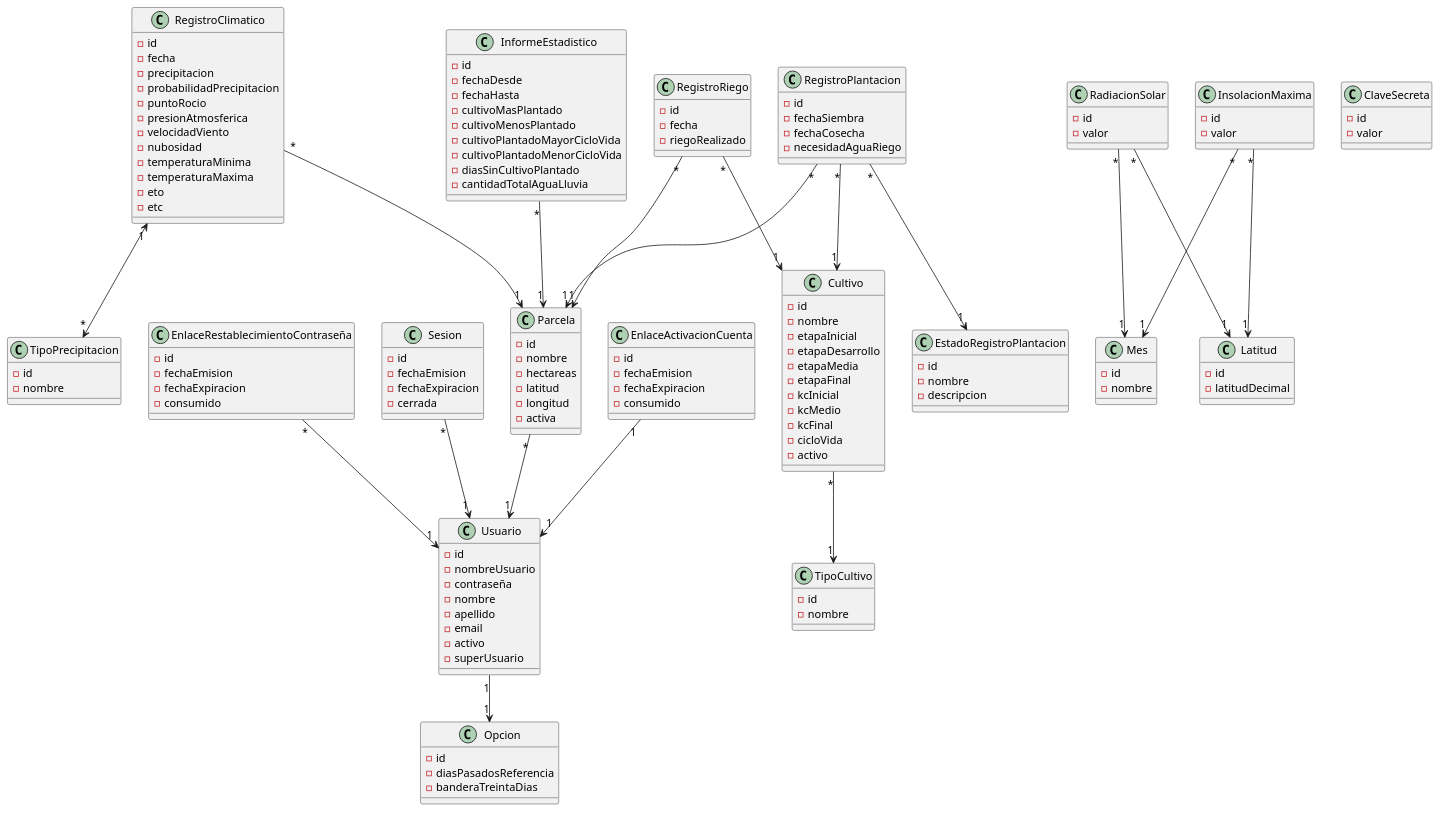
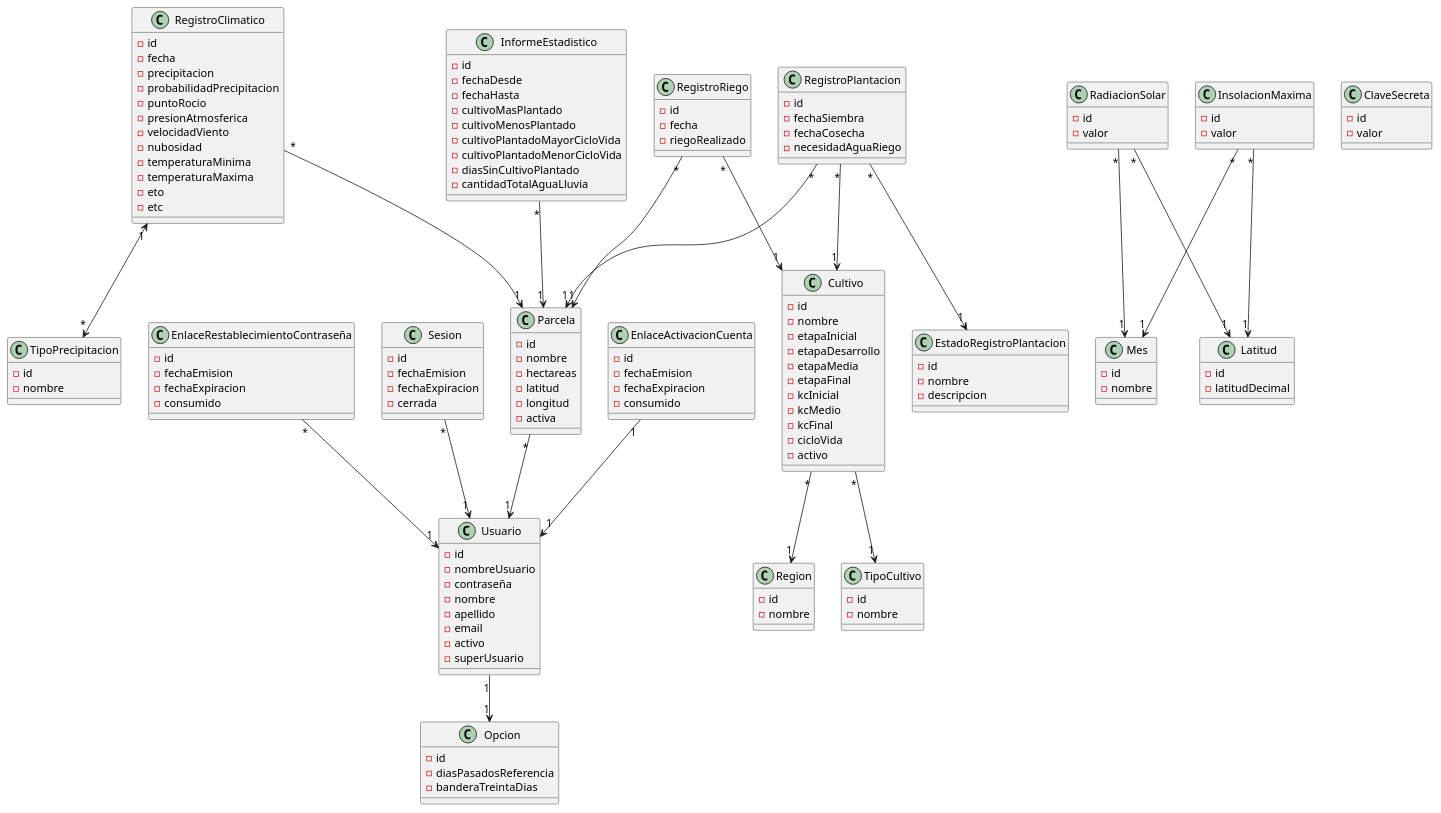
Before and after one commit to facundopaez-dev/sistema-web-riego: the diagram in docs/domain model/Modelo de dominio.pu, drawn with PlantUML. The commit also changed 29 other files, not shown here.

```diff
--- a/docs/domain model/Modelo de dominio.pu
+++ b/docs/domain model/Modelo de dominio.pu
@@ -1,164 +1,170 @@
 @startuml
 
 Parcela "*"-->"1" Usuario
 InformeEstadistico "*"-->"1" Parcela
 RegistroClimatico "*"-->"1" Parcela
 RegistroClimatico "1"<-->"*" TipoPrecipitacion
 RegistroRiego "*"-->"1" Parcela
 RegistroPlantacion "*"-->"1" Parcela
 RegistroPlantacion "*"-->"1" Cultivo
 RegistroPlantacion "*"-->"1" EstadoRegistroPlantacion
 RadiacionSolar "*"-->"1" Mes
 RadiacionSolar "*"-->"1" Latitud
 InsolacionMaxima "*"-->"1" Mes
 InsolacionMaxima "*"-->"1" Latitud
 Cultivo "*"-->"1" TipoCultivo
 EnlaceActivacionCuenta "1" --> "1" Usuario
 EnlaceRestablecimientoContraseña "*" --> "1" Usuario
 Sesion "*" --> "1" Usuario
 RegistroRiego "*" --> "1" Cultivo
 Usuario "1" --> "1" Opcion
+Cultivo "*" --> "1" Region
 
 class Parcela {
 -id
 -nombre
 -hectareas
 -latitud
 -longitud
 -activa
 }
 
 class InformeEstadistico {
 -id
 -fechaDesde
 -fechaHasta
 -cultivoMasPlantado
 -cultivoMenosPlantado
 -cultivoPlantadoMayorCicloVida
 -cultivoPlantadoMenorCicloVida
 -diasSinCultivoPlantado
 -cantidadTotalAguaLluvia
 }
 
 class Cultivo {
 -id
 -nombre
 -etapaInicial
 -etapaDesarrollo
 -etapaMedia
 -etapaFinal
 -kcInicial
 -kcMedio
 -kcFinal
 -cicloVida
 -activo
 }
 
 class TipoCultivo {
+-id
+-nombre
+}
+
+class Region {
 -id
 -nombre
 }
 
 class RegistroClimatico {
 -id
 -fecha
 -precipitacion
 -probabilidadPrecipitacion
 -puntoRocio
 -presionAtmosferica
 -velocidadViento
 -nubosidad
 -temperaturaMinima
 -temperaturaMaxima
 -eto
 -etc
 }
 
 class TipoPrecipitacion {
 -id
 -nombre
 }
 
 class RegistroPlantacion {
 -id
 -fechaSiembra
 -fechaCosecha
 -necesidadAguaRiego
 }
 
 class RegistroRiego {
 -id
 -fecha
 -riegoRealizado
 }
 
 class Opcion {
 -id
 -diasPasadosReferencia
 -banderaTreintaDias
 }
 
 class Usuario {
 -id
 -nombreUsuario
 -contraseña
 -nombre
 -apellido
 -email
 -activo
 -superUsuario
 }
 
 class EstadoRegistroPlantacion {
 -id
 -nombre
 -descripcion
 }
 
 class Mes {
 -id
 -nombre
 }
 
 class Latitud {
 -id
 -latitudDecimal
 }
 
 class RadiacionSolar {
 -id
 -valor
 }
 
 class InsolacionMaxima {
 -id
 -valor
 }
 
 class EnlaceActivacionCuenta {
 -id
 -fechaEmision
 -fechaExpiracion
 -consumido
 }
 
 class EnlaceRestablecimientoContraseña {
 -id
 -fechaEmision
 -fechaExpiracion
 -consumido
 }
 
 class Sesion {
 -id
 -fechaEmision
 -fechaExpiracion
 -cerrada
 }
 
 class ClaveSecreta {
 -id
 -valor
 }
 
 @enduml
```
